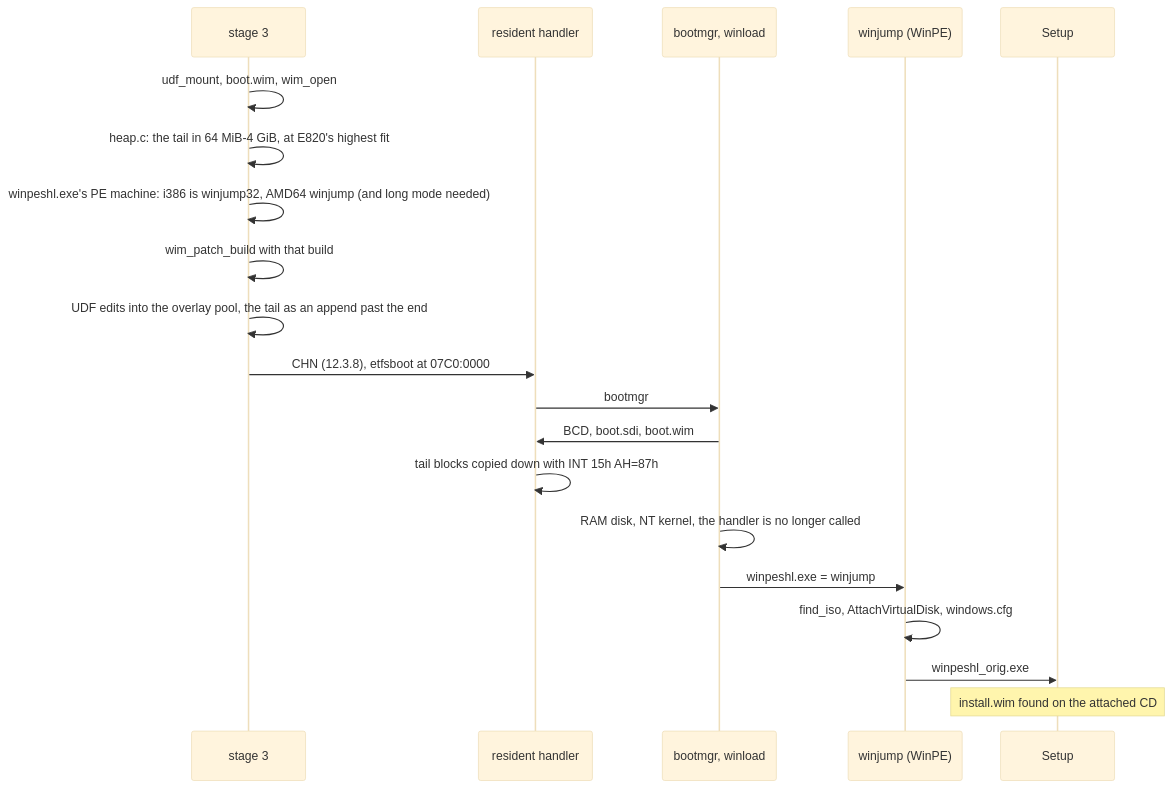
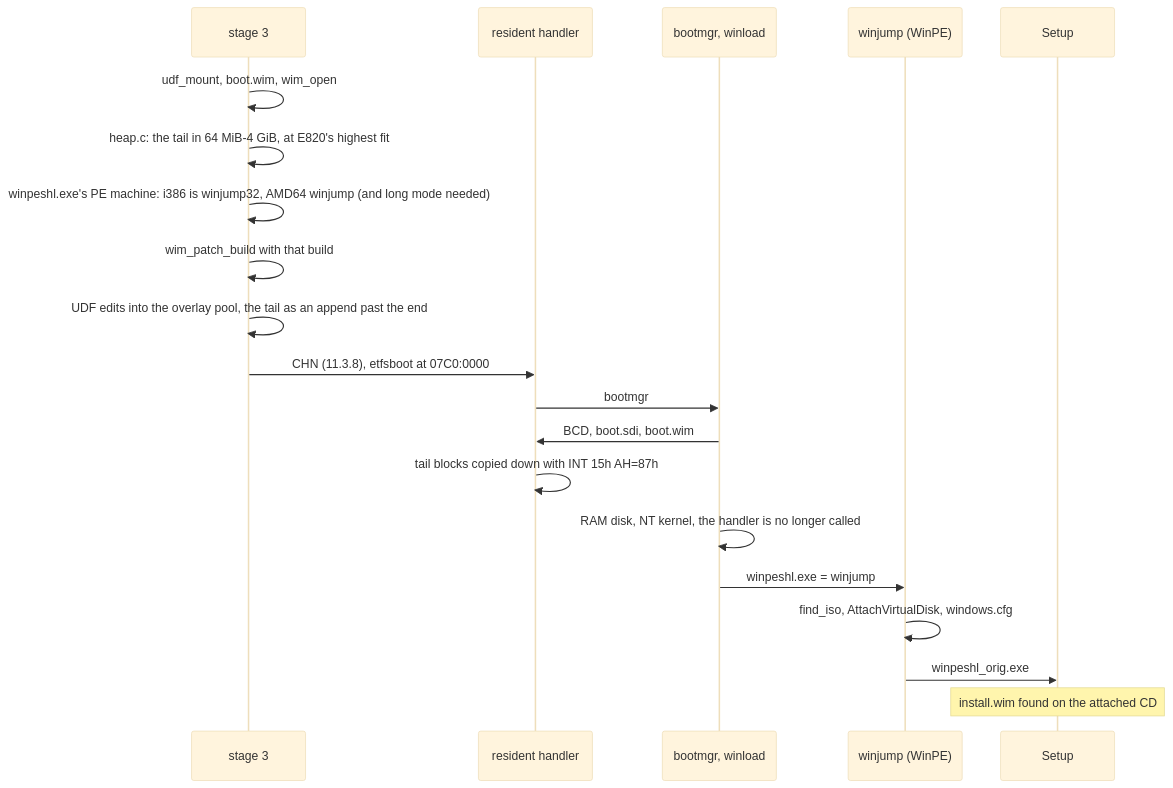
One commit to vifair22/falcon-boot changed diagram 19 of 24 in docs/DESIGN.md. Above: the diagram before and after it, drawn with Mermaid (base theme). The commit also changed other lines of this file and 157 other files, not shown here.

````diff
--- a/docs/DESIGN.md
+++ b/docs/DESIGN.md
@@ -4100,22 +3036,22 @@
 ```mermaid
 sequenceDiagram
     participant L as stage 3
     participant R as resident handler
     participant M as bootmgr, winload
     participant W as winjump (WinPE)
     participant ST as Setup
     L->>L: udf_mount, boot.wim, wim_open
     L->>L: heap.c: the tail in 64 MiB-4 GiB, at E820's highest fit
     L->>L: winpeshl.exe's PE machine: i386 is winjump32, AMD64 winjump (and long mode needed)
     L->>L: wim_patch_build with that build
     L->>L: UDF edits into the overlay pool, the tail as an append past the end
-    L->>R: CHN (12.3.8), etfsboot at 07C0:0000
+    L->>R: CHN (11.3.8), etfsboot at 07C0:0000
     R->>M: bootmgr
     M->>R: BCD, boot.sdi, boot.wim
     R->>R: tail blocks copied down with INT 15h AH=87h
     M->>M: RAM disk, NT kernel, the handler is no longer called
     M->>W: winpeshl.exe = winjump
     W->>W: find_iso, AttachVirtualDisk, windows.cfg
     W->>ST: winpeshl_orig.exe
     Note over ST: install.wim found on the attached CD
 ```
````
